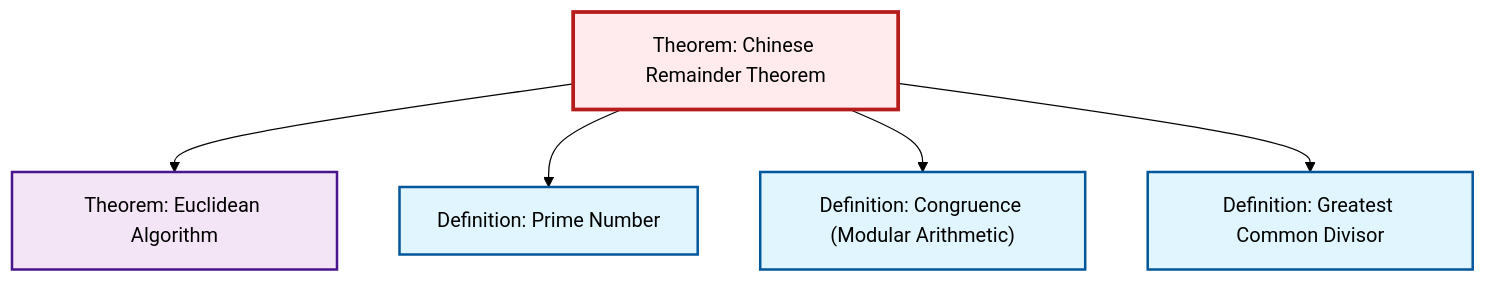
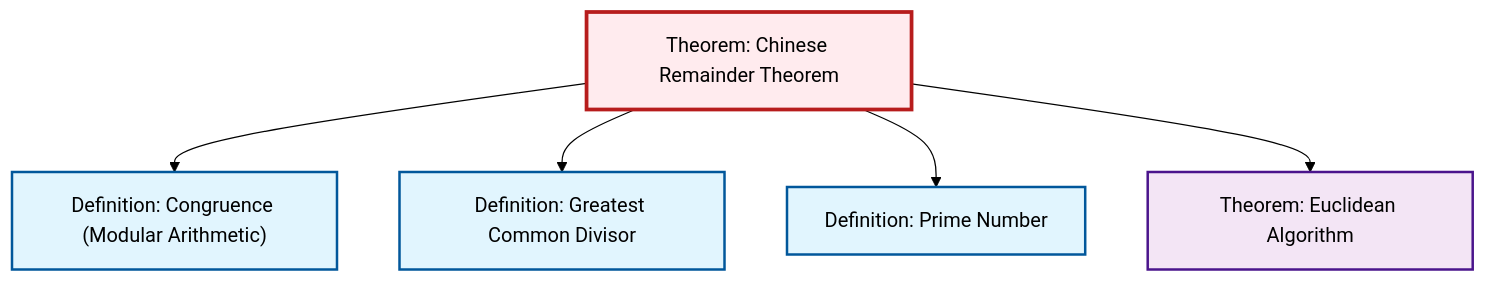
One commit to RK0429/ModernMath changed the diagram in content/ja/number-theory/thm-chinese-remainder.qmd. Above: the diagram before and after it, drawn with Mermaid (forest theme). The commit also changed other lines of this file and 491 other files, not shown here.

````diff
--- a/content/ja/number-theory/thm-chinese-remainder.qmd
+++ b/content/ja/number-theory/thm-chinese-remainder.qmd
@@ -88,23 +88,23 @@
 ```{mermaid}
 %%| fig-cap: "Local dependency graph"
 graph TD
     classDef definition fill:#e1f5fe,stroke:#01579b,stroke-width:2px
     classDef theorem fill:#f3e5f5,stroke:#4a148c,stroke-width:2px
     classDef axiom fill:#fff3e0,stroke:#e65100,stroke-width:2px
     classDef example fill:#e8f5e9,stroke:#1b5e20,stroke-width:2px
     classDef current fill:#ffebee,stroke:#b71c1c,stroke-width:3px
+    def-gcd["Definition: Greatest Common Divisor"]:::definition
+    thm-euclidean-algorithm["Theorem: Euclidean Algorithm"]:::theorem
+    def-prime["Definition: Prime Number"]:::definition
+    thm-chinese-remainder["Theorem: Chinese Remainder Theorem"]:::theorem
     def-congruence["Definition: Congruence (Modular Arithmetic)"]:::definition
-    thm-chinese-remainder["Theorem: Chinese Remainder Theorem"]:::theorem
-    def-gcd["Definition: Greatest Common Divisor"]:::definition
-    def-prime["Definition: Prime Number"]:::definition
-    thm-euclidean-algorithm["Theorem: Euclidean Algorithm"]:::theorem
-    thm-chinese-remainder --> thm-euclidean-algorithm
-    thm-chinese-remainder --> def-prime
     thm-chinese-remainder --> def-congruence
     thm-chinese-remainder --> def-gcd
+    thm-chinese-remainder --> def-prime
+    thm-chinese-remainder --> thm-euclidean-algorithm
     class thm-chinese-remainder current
-    click def-congruence "def-congruence.html" "Go to Congruence (Modular Arithmetic) definition"
-    click def-gcd "def-gcd.html" "Go to Greatest Common Divisor definition"
-    click def-prime "def-prime.html" "Go to Prime Number definition"
-    click thm-euclidean-algorithm "thm-euclidean-algorithm.html" "Go to Euclidean Algorithm theorem"
+    click def-gcd "def-gcd.html" "Definition: Greatest Common Divisorへ"
+    click thm-euclidean-algorithm "thm-euclidean-algorithm.html" "Theorem: Euclidean Algorithmへ"
+    click def-prime "def-prime.html" "Definition: Prime Numberへ"
+    click def-congruence "def-congruence.html" "Definition: Congruence (Modular Arithmetic)へ"
 ```
````
